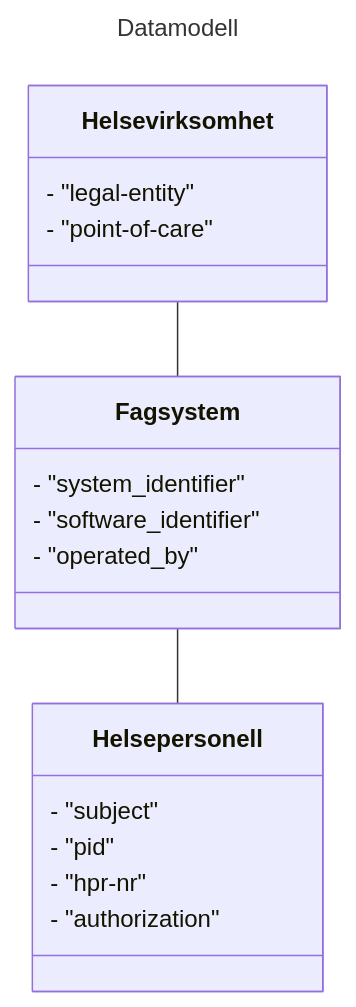
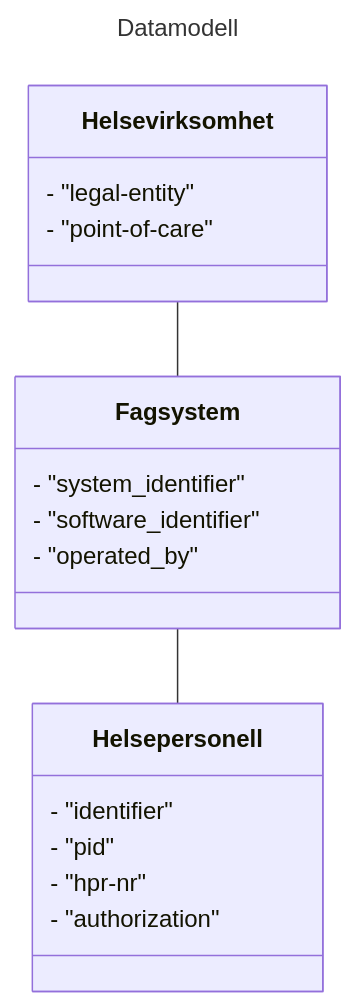
One commit to NorskHelsenett/Tillitsrammeverk changed the second of 2 diagrams in specs/flyttes/datamodell_tillitsmodell.md. Above: the diagram before and after it, drawn with Mermaid. The commit also changed other lines of this file and 7 other files, not shown here.

````diff
--- a/specs/flyttes/datamodell_tillitsmodell.md
+++ b/specs/flyttes/datamodell_tillitsmodell.md
@@ -148,28 +148,28 @@
 ```mermaid
 ---
 title: Datamodell
 ---
 classDiagram
 
 	Helsevirksomhet -- Fagsystem
 	Fagsystem -- Helsepersonell
 
 	class Helsevirksomhet{
 		- "legal-entity"
 		- "point-of-care"
 	}
 		
 	class Fagsystem{
 		- "system_identifier"
         - "software_identifier"
         - "operated_by"
 	}
 	
 	class Helsepersonell{
-		- "subject"
+		- "identifier"
 		- "pid"
 		- "hpr-nr"
 		- "authorization"
 	}	
 		
 ```
````
